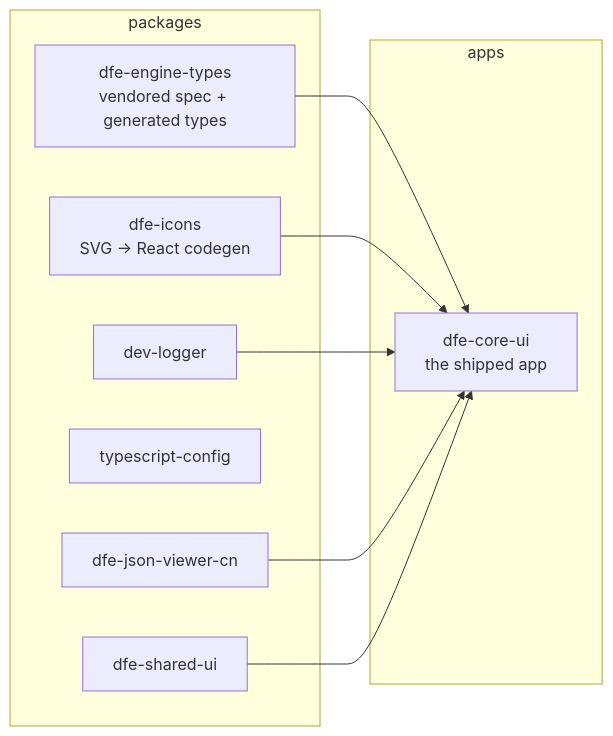
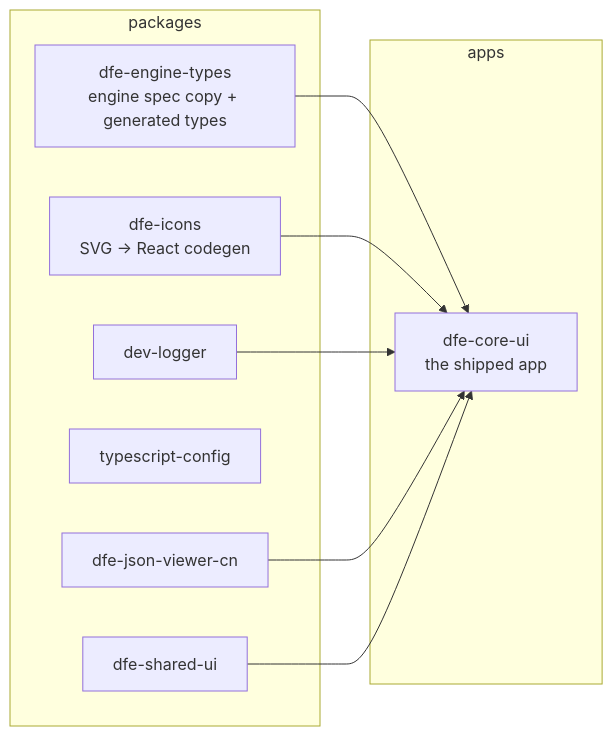
The second of 2 diagrams in docs/architecture.md (hyperi-io/dfe-ui), drawn with Mermaid before and after one commit. The commit also changed other lines of this file and 15 other files, not shown here.

````diff
--- a/docs/architecture.md
+++ b/docs/architecture.md
@@ -26,19 +23,19 @@
 ```mermaid
 flowchart LR
     subgraph apps
         CORE[dfe-core-ui<br/>the shipped app]
     end
     subgraph packages
-        TYPES[dfe-engine-types<br/>vendored spec + generated types]
+        TYPES[dfe-engine-types<br/>engine spec copy + generated types]
         ICONS[dfe-icons<br/>SVG -> React codegen]
         LOG[dev-logger]
         TSC[typescript-config]
         JSON[dfe-json-viewer-cn]
         SHARED[dfe-shared-ui]
     end
     TYPES --> CORE
     ICONS --> CORE
     LOG --> CORE
     JSON --> CORE
     SHARED --> CORE
 ```
````
